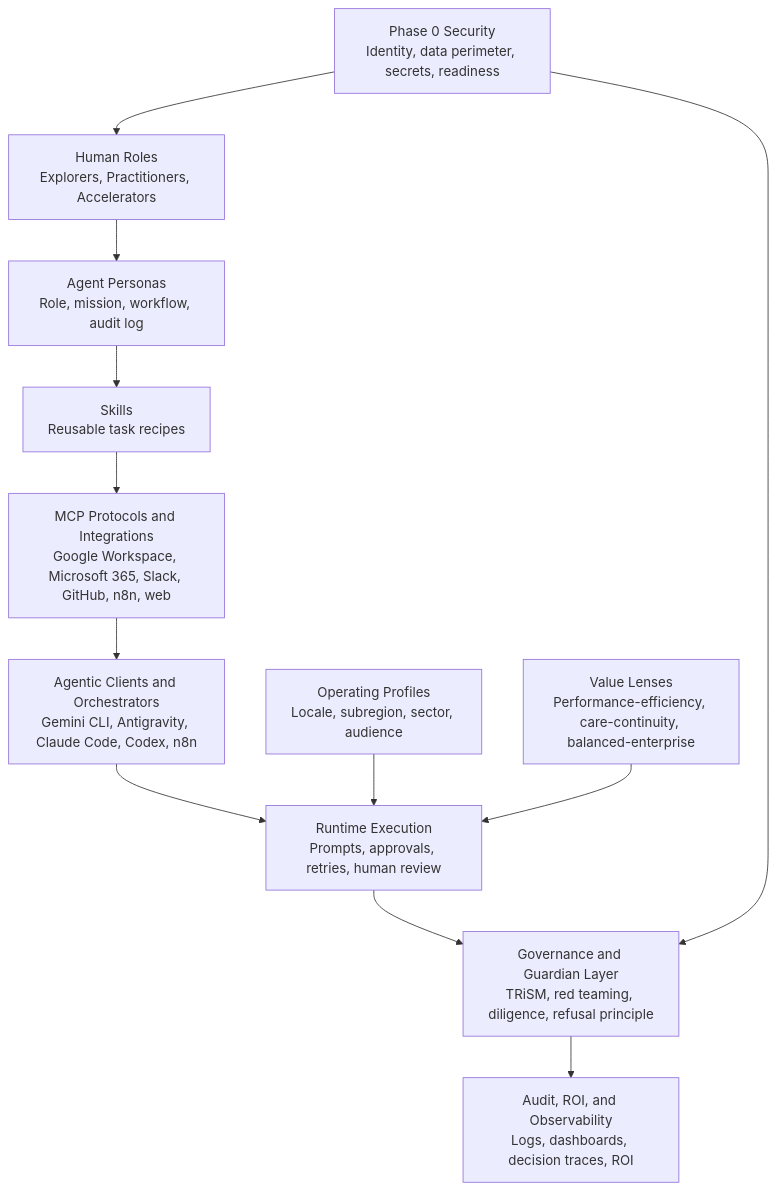
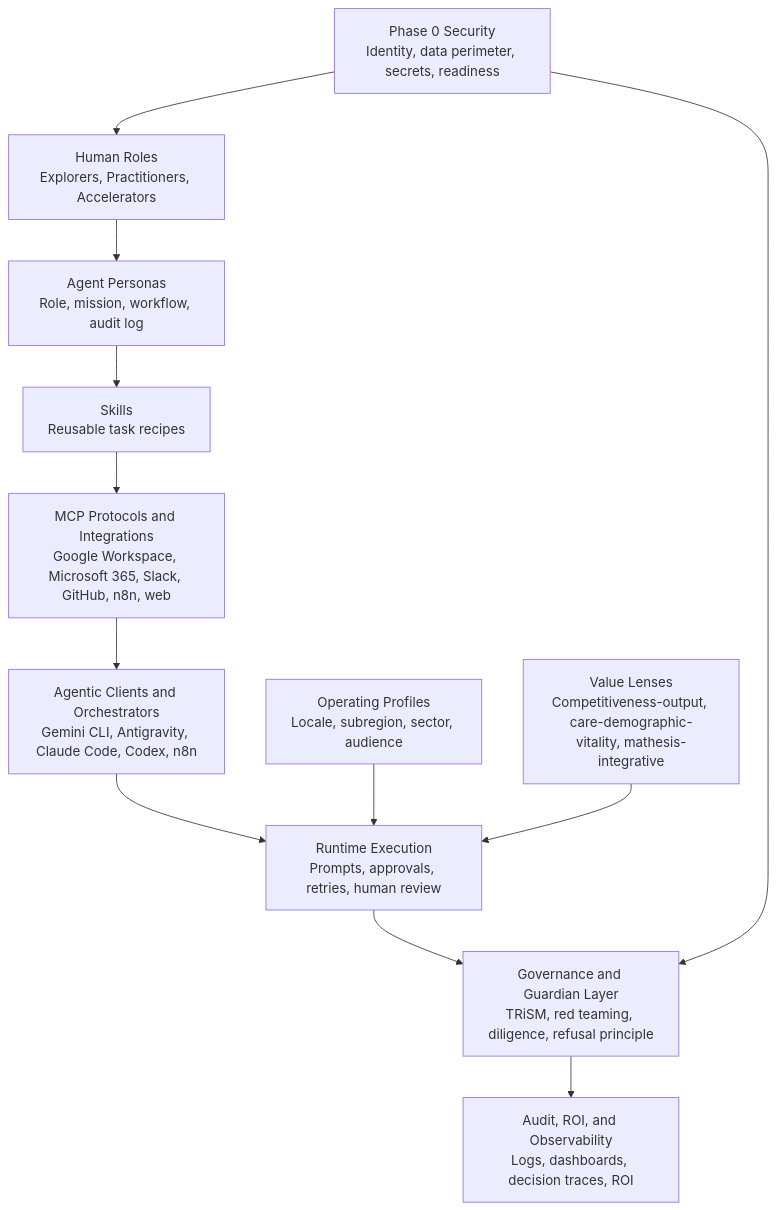
The diagram in docs/visuals/noemi-system-map.md (project-noemi/agents), drawn with Mermaid before and after one commit. The commit also changed 20 other files, not shown here.

Commit message:
feat(frameworks): adopt mathesis lenses and node 24 baseline

````diff
--- a/docs/visuals/noemi-system-map.md
+++ b/docs/visuals/noemi-system-map.md
@@ -7,26 +7,26 @@
 ```mermaid
 flowchart TD
     phase0["Phase 0 Security\nIdentity, data perimeter, secrets, readiness"]
     people["Human Roles\nExplorers, Practitioners, Accelerators"]
     personas["Agent Personas\nRole, mission, workflow, audit log"]
     skills["Skills\nReusable task recipes"]
     mcps["MCP Protocols and Integrations\nGoogle Workspace, Microsoft 365, Slack, GitHub, n8n, web"]
     clients["Agentic Clients and Orchestrators\nGemini CLI, Antigravity, Claude Code, Codex, n8n"]
     profiles["Operating Profiles\nLocale, subregion, sector, audience"]
-    lenses["Value Lenses\nPerformance-efficiency, care-continuity, balanced-enterprise"]
+    lenses["Value Lenses\nCompetitiveness-output, care-demographic-vitality, mathesis-integrative"]
     runtime["Runtime Execution\nPrompts, approvals, retries, human review"]
     governance["Governance and Guardian Layer\nTRiSM, red teaming, diligence, refusal principle"]
     audit["Audit, ROI, and Observability\nLogs, dashboards, decision traces, ROI"]
 
     phase0 --> people
     people --> personas
     personas --> skills
     skills --> mcps
     mcps --> clients
     clients --> runtime
     profiles --> runtime
     lenses --> runtime
     runtime --> governance
     governance --> audit
     phase0 --> governance
 ```
````
